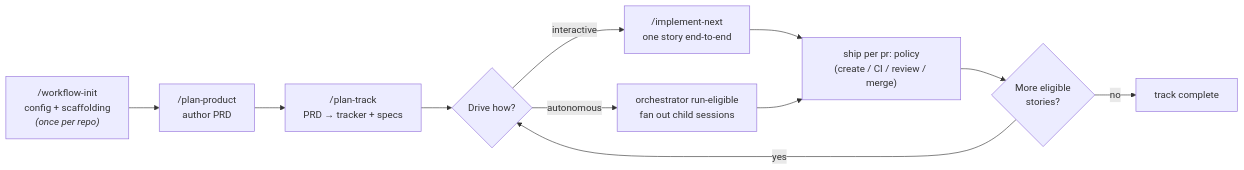
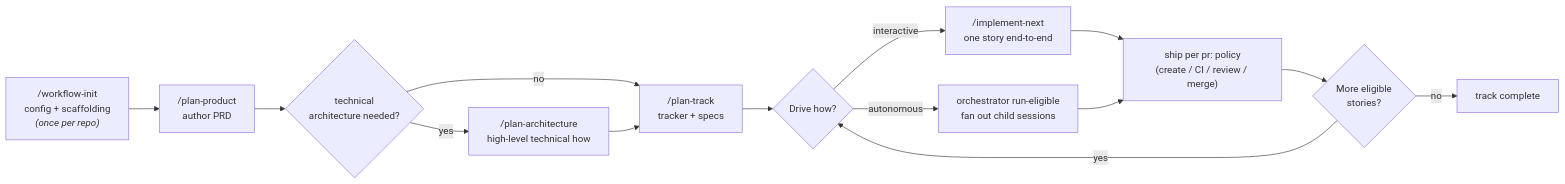
One commit to aryeko/agentic-workflow-kit changed the second of 2 diagrams in README.md. Above: the diagram before and after it, drawn with Mermaid. The commit also changed other lines of this file and 40 other files, not shown here.

Commit message:
feat: add architecture planning gate

````diff
--- a/README.md
+++ b/README.md
@@ -44,13 +47,16 @@
 ```mermaid
 flowchart LR
   A["/workflow-init<br/>config + scaffolding<br/><i>(once per repo)</i>"] --> B["/plan-product<br/>author PRD"]
-  B --> C["/plan-track<br/>PRD → tracker + specs"]
-  C --> D{Drive how?}
-  D -->|interactive| E["/implement-next<br/>one story end-to-end"]
-  D -->|autonomous| F["orchestrator run-eligible<br/>fan out child sessions"]
-  E --> G["ship per pr: policy<br/>(create / CI / review / merge)"]
-  F --> G
-  G --> H{More eligible<br/>stories?}
-  H -->|yes| D
-  H -->|no| I["track complete"]
+  B --> C{"technical<br/>architecture needed?"}
+  C -->|yes| D["/plan-architecture<br/>high-level technical how"]
+  C -->|no| E["/plan-track<br/>tracker + specs"]
+  D --> E
+  E --> F{Drive how?}
+  F -->|interactive| G["/implement-next<br/>one story end-to-end"]
+  F -->|autonomous| H["orchestrator run-eligible<br/>fan out child sessions"]
+  G --> I["ship per pr: policy<br/>(create / CI / review / merge)"]
+  H --> I
+  I --> J{More eligible<br/>stories?}
+  J -->|yes| F
+  J -->|no| K["track complete"]
 ```
````
